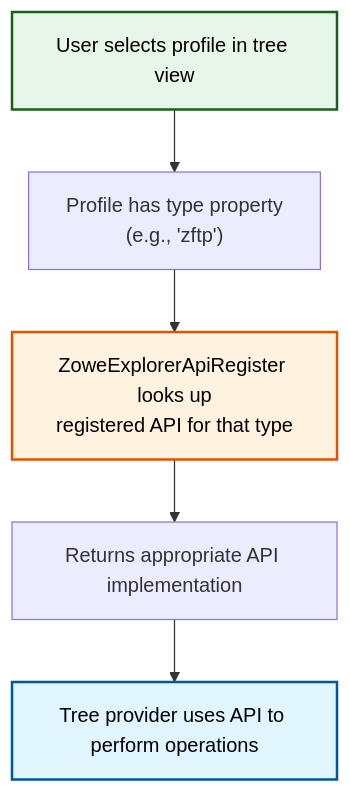
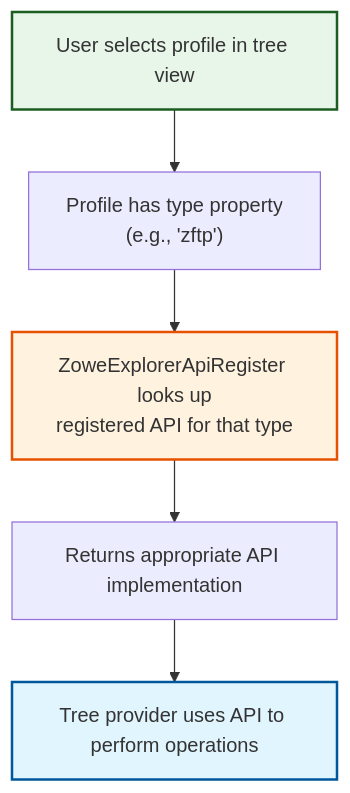
Before and after one commit to zowe/zowe-explorer-vscode: the fifth of 5 diagrams in docs/ARCHITECTURE.md, drawn with Mermaid. The commit also changed other lines of this file, not shown here.

````diff
--- a/docs/ARCHITECTURE.md
+++ b/docs/ARCHITECTURE.md
@@ -382,11 +382,11 @@
 ```mermaid
 flowchart TD
     Select["User selects profile in tree view"] --> Type["Profile has type property<br/>(e.g., 'zftp')"]
     Type --> Lookup["ZoweExplorerApiRegister looks up<br/>registered API for that type"]
     Lookup --> Returns["Returns appropriate API implementation"]
     Returns --> Use["Tree provider uses API to perform operations"]
 
-    style Select fill:#e8f5e9,stroke:#1b5e20,stroke-width:2px,color:#000
-    style Lookup fill:#fff3e0,stroke:#e65100,stroke-width:2px,color:#000
-    style Use fill:#e1f5ff,stroke:#01579b,stroke-width:2px,color:#000
+    style Select fill:#e8f5e9,stroke:#1b5e20,stroke-width:2px
+    style Lookup fill:#fff3e0,stroke:#e65100,stroke-width:2px
+    style Use fill:#e1f5ff,stroke:#01579b,stroke-width:2px
 ```
````
